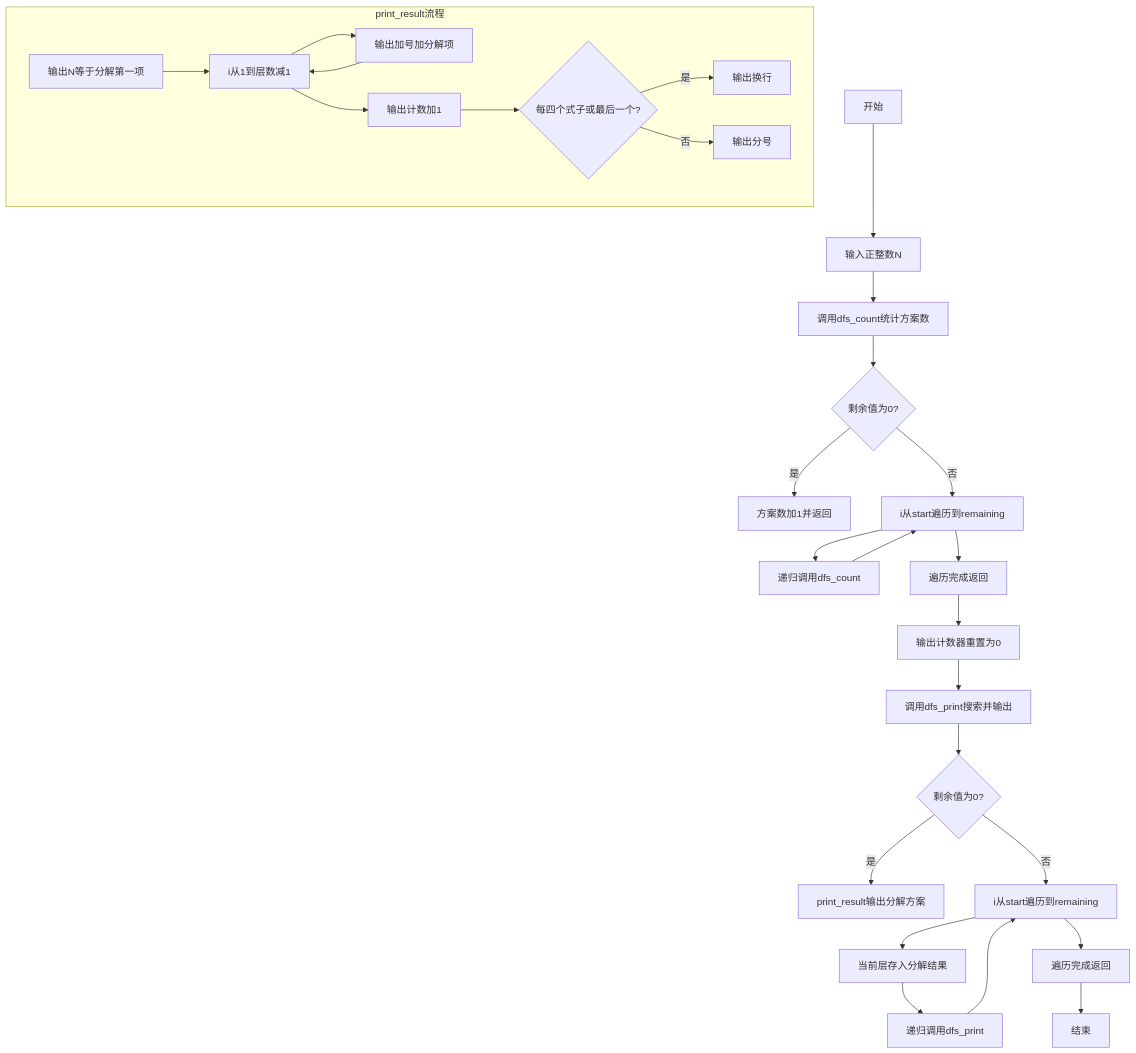
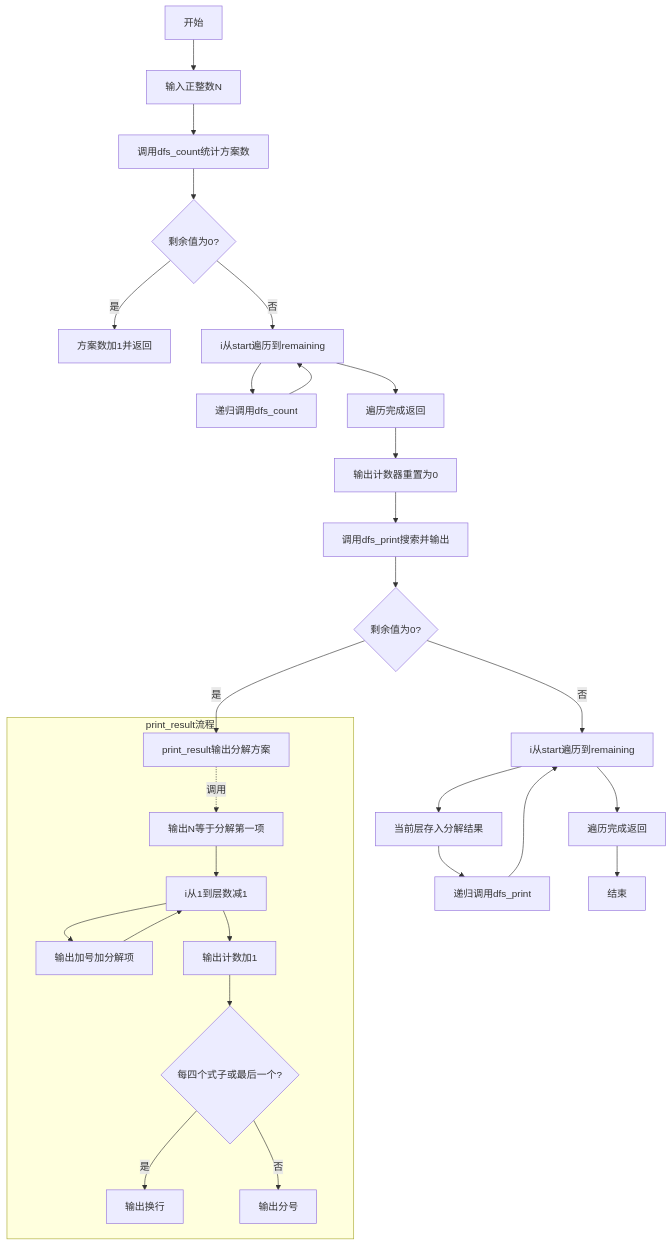
One commit to Zonkidd-Shao/pta_basic_program_article_by_python3 changed the first of 2 diagrams in 编程题/PTA基础编程题目集 7-37整数分解为若干项之和（Python3语言实现）.md. Above: the diagram before and after it, drawn with Mermaid. The commit also changed other lines of this file and 50 other files, not shown here.

````diff
--- a/编程题/PTA基础编程题目集 7-37整数分解为若干项之和（Python3语言实现）.md
+++ b/编程题/PTA基础编程题目集 7-37整数分解为若干项之和（Python3语言实现）.md
@@ -132,31 +132,32 @@
 ```mermaid
 flowchart TD
     A[开始] --> B[输入正整数N]
     B --> C[调用dfs_count统计方案数]
     C --> D{剩余值为0?}
     D -->|是| E[方案数加1并返回]
     D -->|否| F[i从start遍历到remaining]
     F --> G[递归调用dfs_count]
     G --> F
     F --> H[遍历完成返回]
     H --> I[输出计数器重置为0]
     I --> J[调用dfs_print搜索并输出]
     J --> K{剩余值为0?}
     K -->|是| L[print_result输出分解方案]
     K -->|否| M[i从start遍历到remaining]
     M --> N[当前层存入分解结果]
     N --> O[递归调用dfs_print]
     O --> M
     M --> P[遍历完成返回]
     P --> Q[结束]
 
     subgraph print_result流程
+        L -.->|调用| R
         R[输出N等于分解第一项] --> S[i从1到层数减1]
         S --> T[输出加号加分解项]
         T --> S
         S --> U[输出计数加1]
         U --> V{每四个式子或最后一个?}
         V -->|是| W[输出换行]
         V -->|否| X[输出分号]
     end
 ```
````
